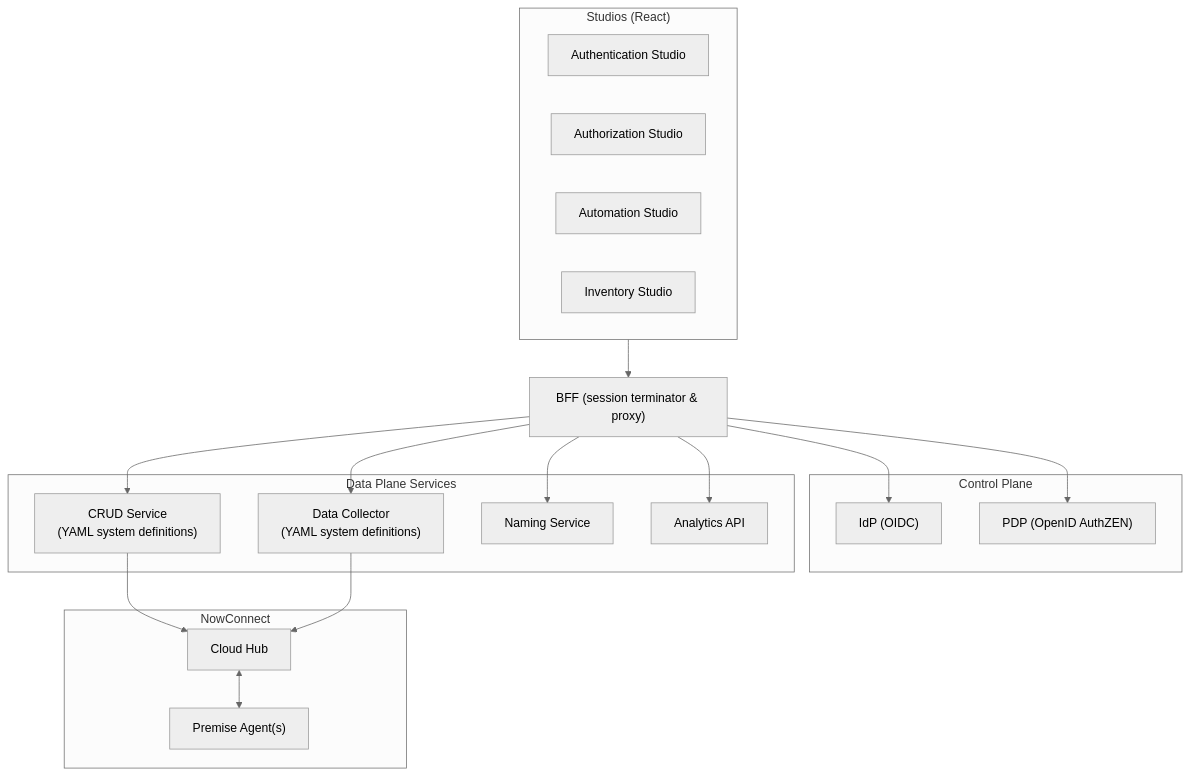
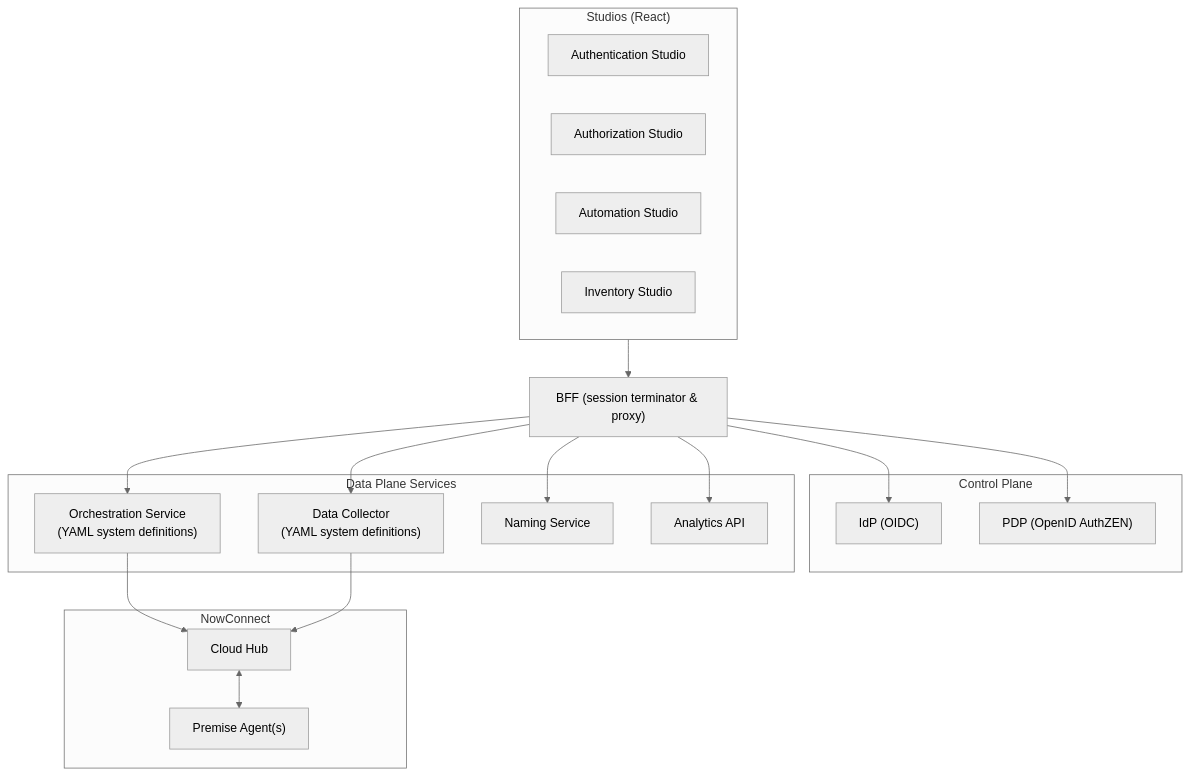
Before and after one commit to empowerID/empowernow_docs: the diagram in docs/marketing/studio-backend-mapping.md, drawn with Mermaid (neutral theme). The commit also changed other lines of this file and 82 other files, not shown here.

````diff
--- a/docs/marketing/studio-backend-mapping.md
+++ b/docs/marketing/studio-backend-mapping.md
@@ -15,38 +15,38 @@
 ```mermaid
 flowchart TB
   subgraph UI["Studios (React)"]
     S1["Authentication Studio"]
     S2["Authorization Studio"]
     S3["Automation Studio"]
     S4["Inventory Studio"]
   end
 
   BFF["BFF (session terminator & proxy)"]
   UI --> BFF
 
   subgraph Control["Control Plane"]
     IdP["IdP (OIDC)"]
     PDP["PDP (OpenID AuthZEN)"]
   end
   BFF --> IdP
   BFF --> PDP
 
   subgraph Data["Data Plane Services"]
-    CRUD["CRUD Service\n(YAML system definitions)"]
+    CRUD["Orchestration Service\n(YAML system definitions)"]
     DC["Data Collector\n(YAML system definitions)"]
     NAM["Naming Service"]
     ANA["Analytics API"]
   end
   BFF --> CRUD
   BFF --> DC
   BFF --> NAM
   BFF --> ANA
 
   subgraph NC["NowConnect"]
     NCC["Cloud Hub"]
     NCP["Premise Agent(s)"]
   end
   CRUD --> NCC
   DC   --> NCC
   NCC <--> NCP
 ```
````
